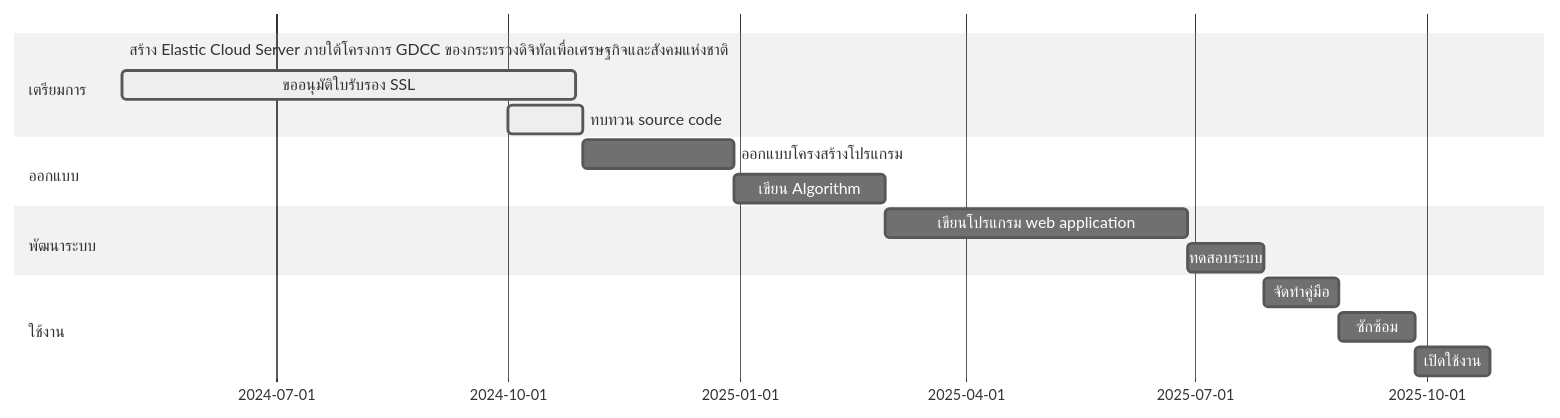
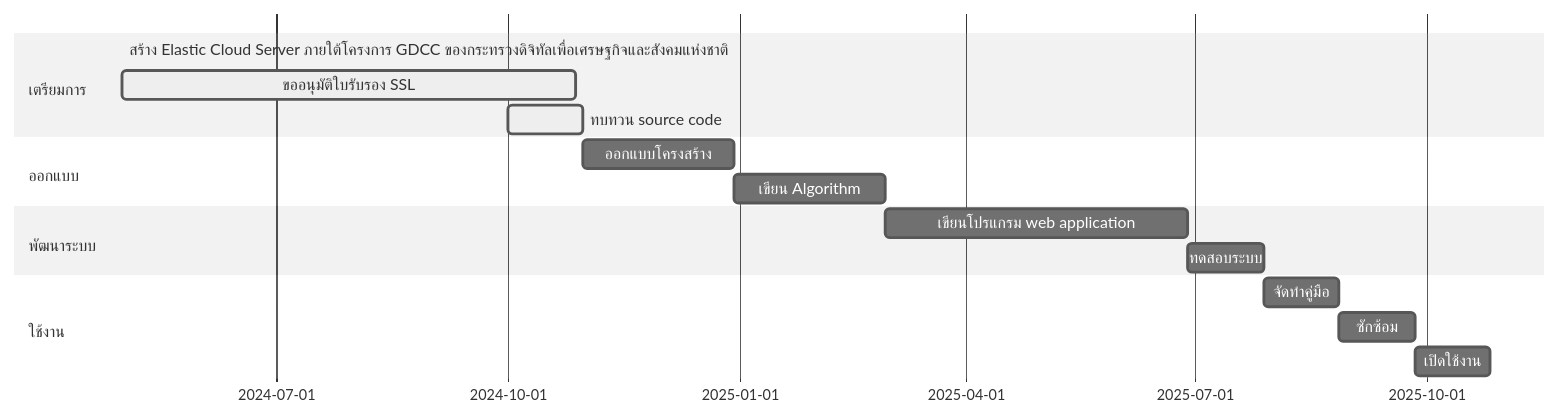
The first of 2 diagrams in README.md (Kietpawpan/e-tracking), drawn with Mermaid (neutral theme) before and after one commit.

````diff
--- a/README.md
+++ b/README.md
@@ -10,19 +10,19 @@
 ```mermaid
 gantt
     section เตรียมการ
     สร้าง Elastic Cloud Server ภายใต้โครงการ GDCC ของกระทรวงดิจิทัลเพื่อเศรษฐกิจและสังคมแห่งชาติ :done,    des1, 2024-05-01,2024-05-30
     ขออนุมัติใบรับรอง SSL       :active, des2, after des1, 180d
     ทบทวน source code  :   active, des3, 2024-10-01, 30d
     section ออกแบบ
-    ออกแบบโครงสร้างโปรแกรม  :         des4, after des3, 60d
+    ออกแบบโครงสร้าง  :         des4, after des3, 60d
     เขียน Algorithm:   des5, after des4, 60d
     section พัฒนาระบบ
     เขียนโปรแกรม web application  :  des6, after des5, 120d
     ทดสอบระบบ:des7, after des6, 30d
    section ใช้งาน
     จัดทำคู่มือ  :         des8, after des7, 30d
     ซักซ้อม :         des9, after des8, 30d
       เปิดใช้งาน: des10, after des9, 30d
 
 
 ```
````
